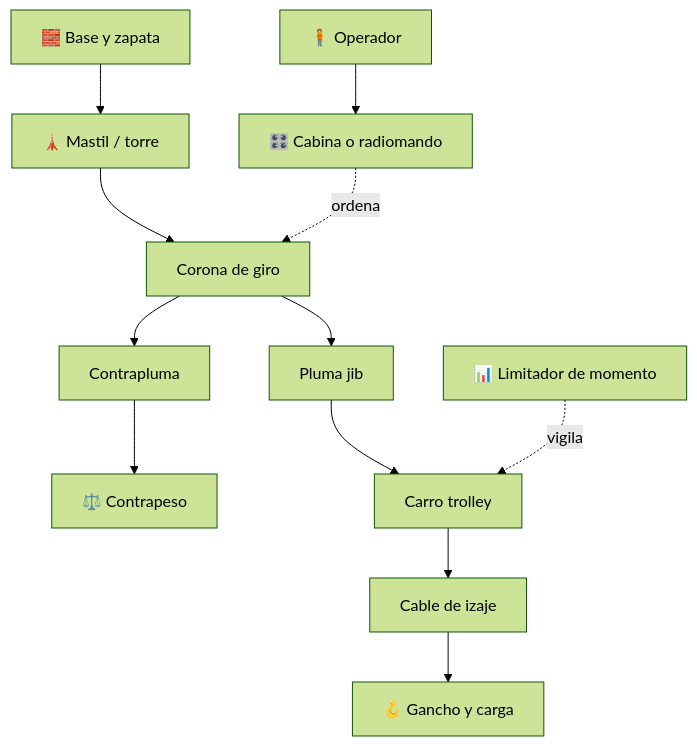
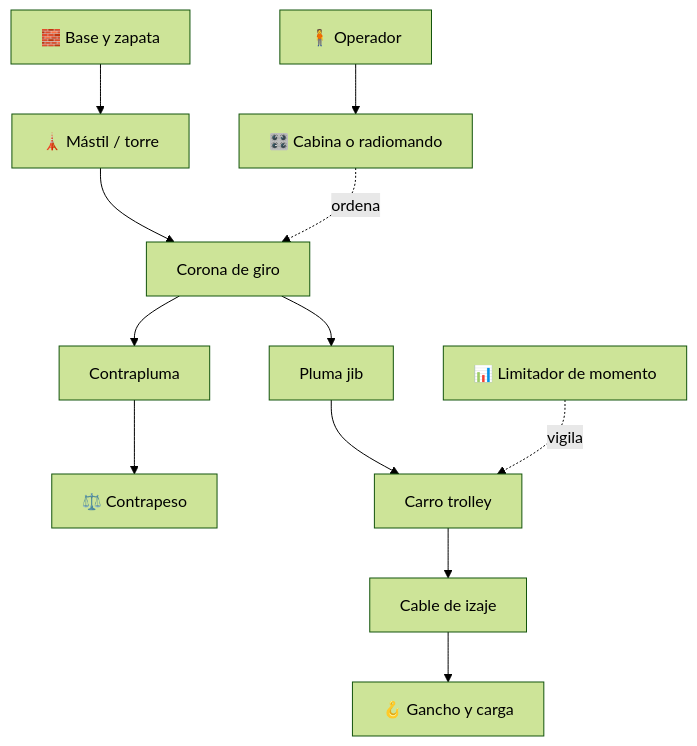
Before and after one commit to vladimiracunadev-create/machine-operator-program: the diagram in vehiculos/grua-torre/README.md, drawn with Mermaid (forest theme). The commit also changed other lines of this file and 442 other files, not shown here.

````diff
--- a/vehiculos/grua-torre/README.md
+++ b/vehiculos/grua-torre/README.md
@@ -31,14 +31,14 @@
 ```mermaid
 flowchart TD
-    Base[🧱 Base y zapata] --> Mastil[🗼 Mastil / torre]
+    Base[🧱 Base y zapata] --> Mastil[🗼 Mástil / torre]
     Mastil --> Corona[Corona de giro]
     Corona --> Pluma[Pluma jib]
     Corona --> Contrapluma[Contrapluma]
     Contrapluma --> Contrapeso[⚖️ Contrapeso]
     Pluma --> Carro[Carro trolley]
     Carro --> Cable[Cable de izaje]
     Cable --> Gancho[🪝 Gancho y carga]
     Cabina[🎛️ Cabina o radiomando] -. ordena .-> Corona
     LMI[📊 Limitador de momento] -. vigila .-> Carro
     Operador[🧍 Operador] --> Cabina
 ```
````
